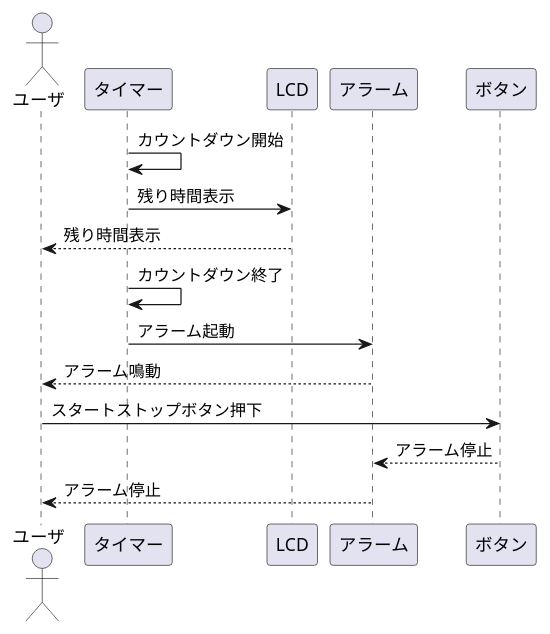
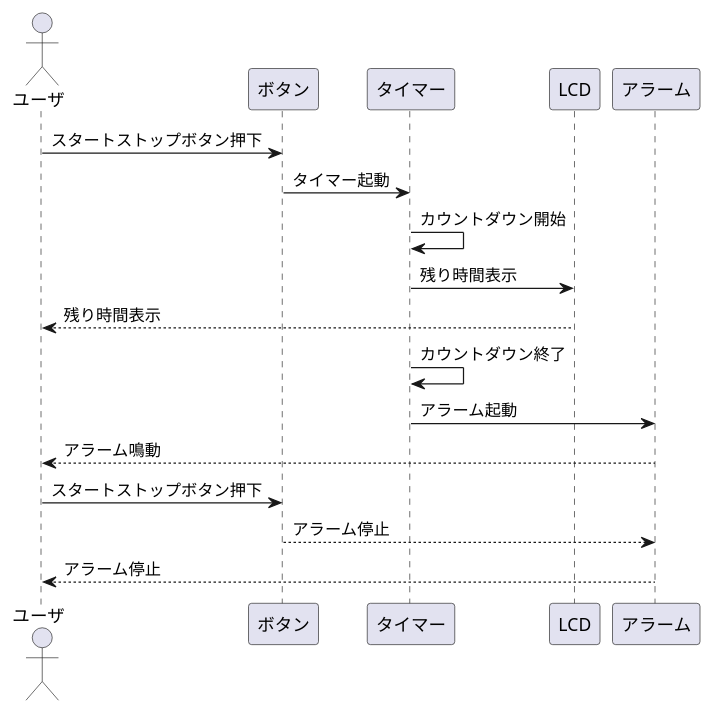
The third of 3 diagrams in 仕様記述.adoc (taiga828/testcace_WS), drawn with PlantUML before and after one commit. The commit also changed other lines of this file, not shown here.

```diff
--- a/仕様記述.adoc
+++ b/仕様記述.adoc
@@ -86,14 +89,16 @@
 [plantuml]
 ----
 'sequence diagram
 actor ユーザ
+ユーザ -> ボタン: スタートストップボタン押下
+ボタン -> タイマー: タイマー起動
 タイマー -> タイマー: カウントダウン開始
 タイマー -> LCD: 残り時間表示
 LCD --> ユーザ: 残り時間表示
 タイマー -> タイマー: カウントダウン終了
 タイマー -> アラーム: アラーム起動
 アラーム --> ユーザ: アラーム鳴動
 ユーザ -> ボタン: スタートストップボタン押下
 ボタン --> アラーム: アラーム停止
 アラーム --> ユーザ: アラーム停止
 ----
```
